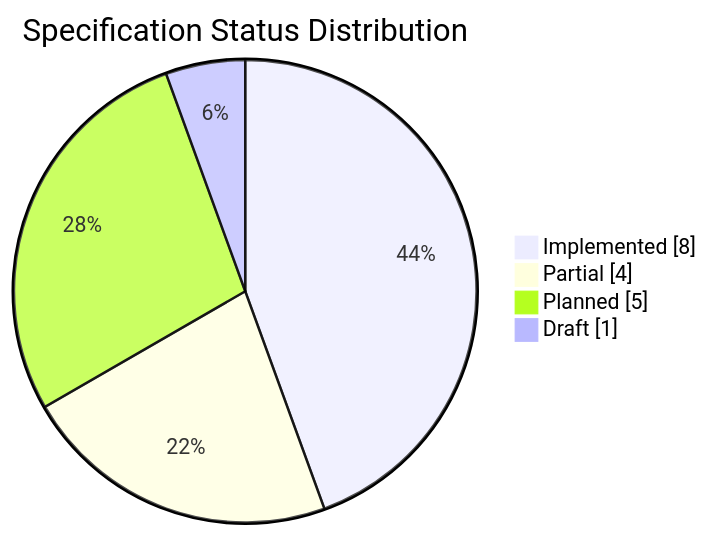
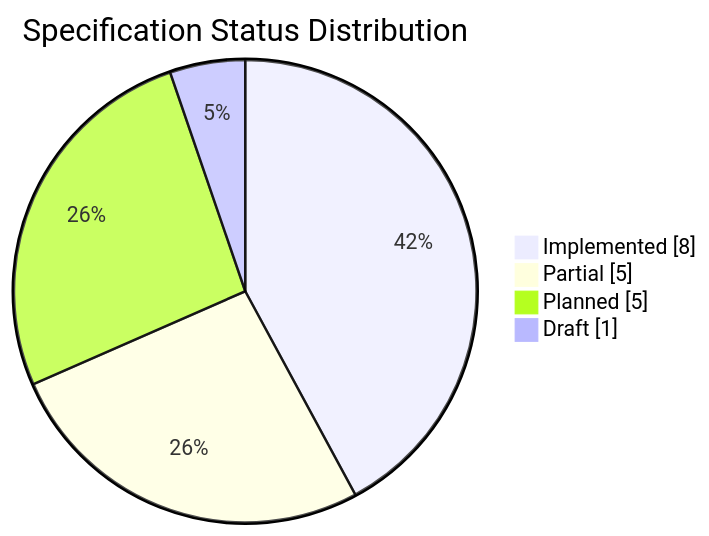
Before and after one commit to Jasrags/ShadowMaster: the third of 8 diagrams in docs/specifications/README.md, drawn with Mermaid. The commit also changed other lines of this file and 2 other files, not shown here.

````diff
--- a/docs/specifications/README.md
+++ b/docs/specifications/README.md
@@ -146,8 +148,8 @@
 ```mermaid
 pie showData
     title Specification Status Distribution
     "Implemented" : 8
-    "Partial" : 4
+    "Partial" : 5
     "Planned" : 5
     "Draft" : 1
 ```
````
